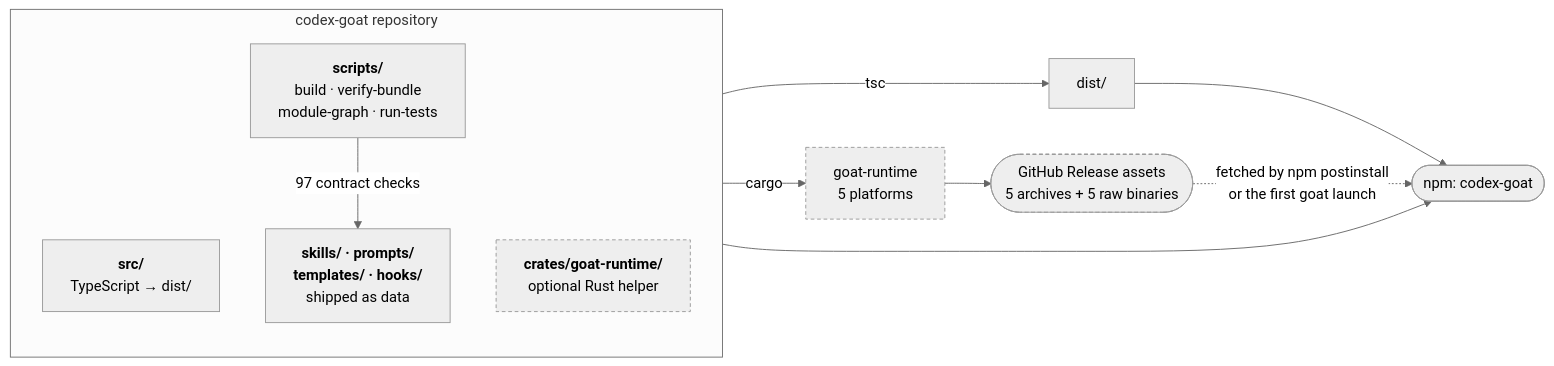
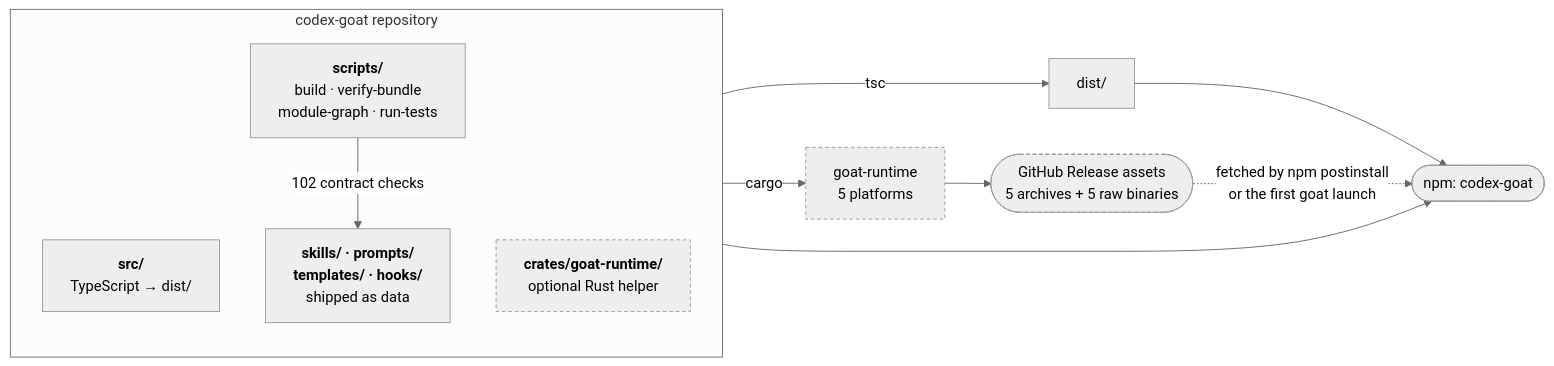
One commit to hypnguyen1209/codex-goat changed the seventh of 8 diagrams in README.md. Above: the diagram before and after it, drawn with Mermaid (neutral theme). The commit also changed other lines of this file and 5 other files, not shown here.

````diff
--- a/README.md
+++ b/README.md
@@ -439,21 +439,21 @@
 ```mermaid
 flowchart LR
     subgraph repo["codex-goat repository"]
         direction TB
         src["<b>src/</b><br/>TypeScript → dist/"]
         crates["<b>crates/goat-runtime/</b><br/>optional Rust helper"]
         assets["<b>skills/ · prompts/</b><br/><b>templates/ · hooks/</b><br/>shipped as data"]
         scripts["<b>scripts/</b><br/>build · verify-bundle<br/>module-graph · run-tests"]
     end
 
     src -->|tsc| dist["dist/"]
     crates -->|cargo| bin["goat-runtime<br/>5 platforms"]
-    scripts -->|"97 contract checks"| assets
+    scripts -->|"102 contract checks"| assets
     dist --> pkg(["npm: codex-goat"])
     assets --> pkg
     bin --> gh(["GitHub Release assets<br/>5 archives + 5 raw binaries"])
     gh -.->|"fetched by npm postinstall<br/>or the first goat launch"| pkg
 
     classDef opt stroke-dasharray: 4 3
     class crates,bin,gh opt
 ```
````
